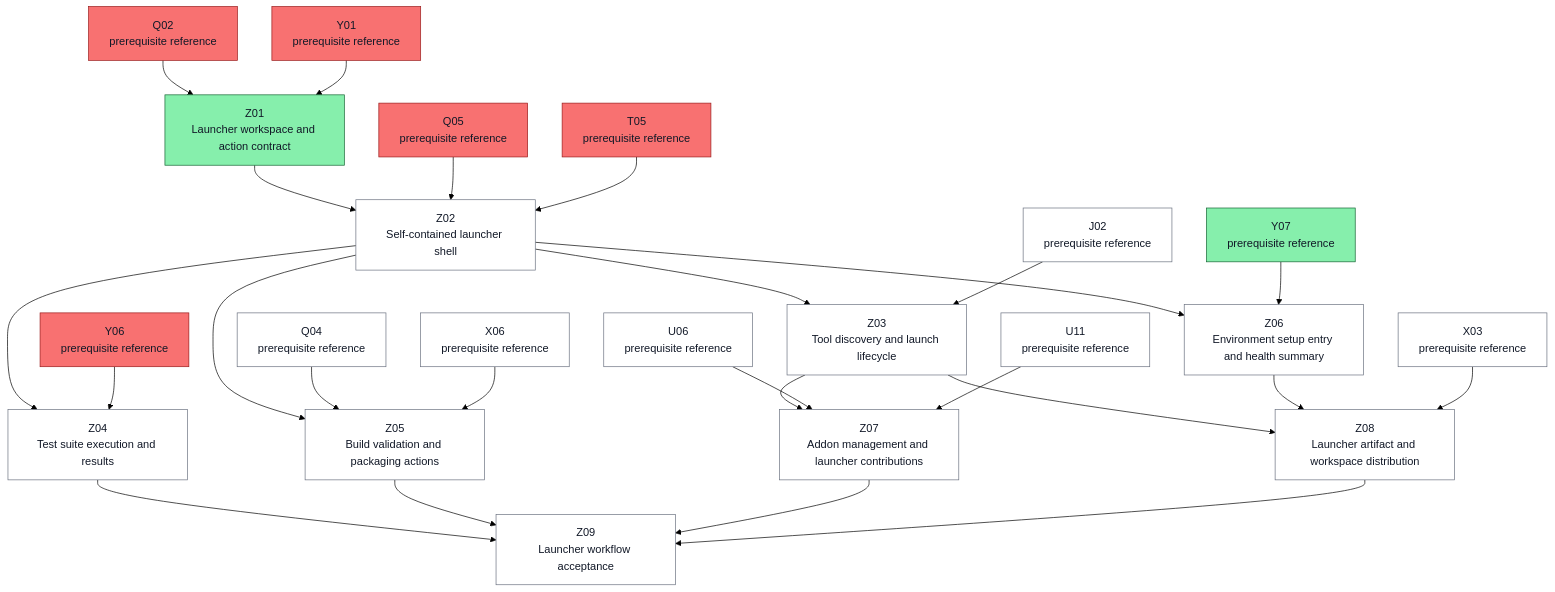
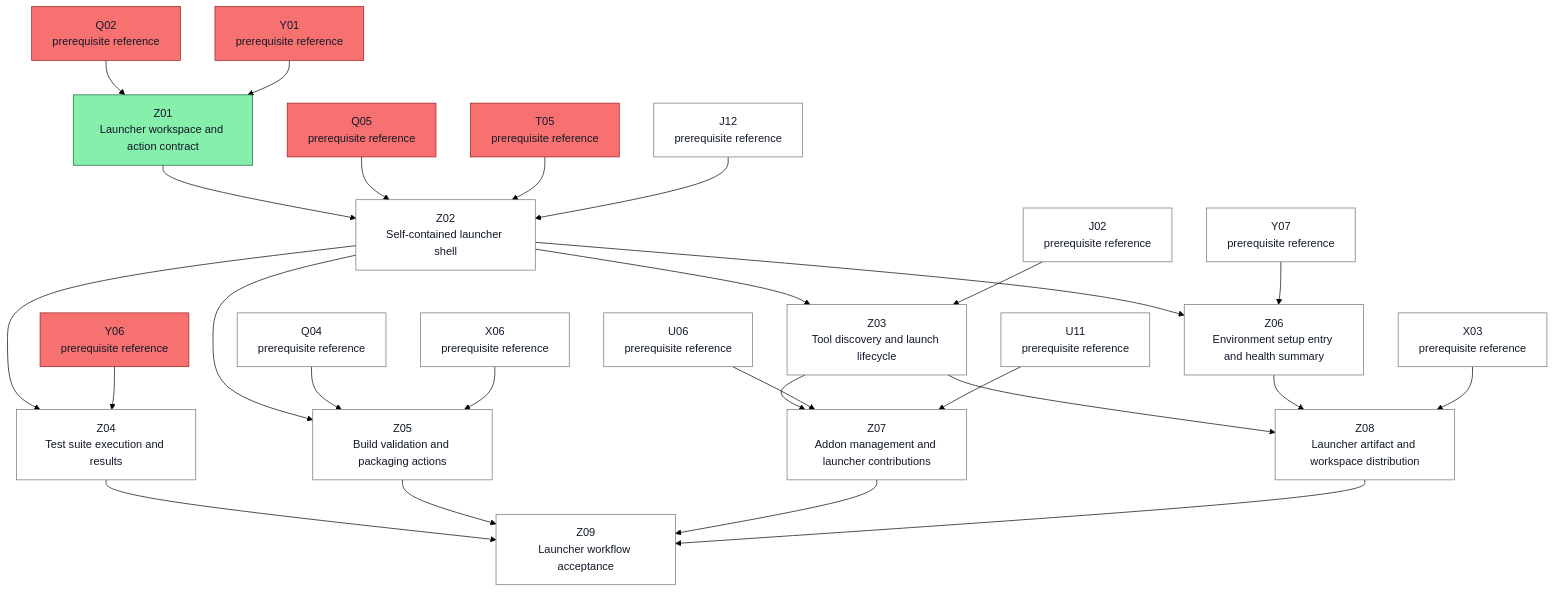
Before and after one commit to ocarizr/spaceraiders: diagram 27 of 27 in docs/task-dependencies.md, drawn with Mermaid (forest theme). The commit also changed other lines of this file and 9 other files, not shown here.

````diff
--- a/docs/task-dependencies.md
+++ b/docs/task-dependencies.md
@@ -1470,51 +1664,53 @@
 ```mermaid
 flowchart TD
     ref_Z_J02["J02<br/>prerequisite reference"]:::pending
+    ref_Z_J12["J12<br/>prerequisite reference"]:::pending
     ref_Z_Q02["Q02<br/>prerequisite reference"]:::done
     ref_Z_Q04["Q04<br/>prerequisite reference"]:::pending
     ref_Z_Q05["Q05<br/>prerequisite reference"]:::done
     ref_Z_T05["T05<br/>prerequisite reference"]:::done
     ref_Z_U06["U06<br/>prerequisite reference"]:::pending
     ref_Z_U11["U11<br/>prerequisite reference"]:::pending
     ref_Z_X03["X03<br/>prerequisite reference"]:::pending
     ref_Z_X06["X06<br/>prerequisite reference"]:::pending
     ref_Z_Y01["Y01<br/>prerequisite reference"]:::done
     ref_Z_Y06["Y06<br/>prerequisite reference"]:::done
-    ref_Z_Y07["Y07<br/>prerequisite reference"]:::ready
+    ref_Z_Y07["Y07<br/>prerequisite reference"]:::pending
     Z01["Z01<br/>Launcher workspace and action contract"]:::ready
     Z02["Z02<br/>Self-contained launcher shell"]:::pending
     Z03["Z03<br/>Tool discovery and launch lifecycle"]:::pending
     Z04["Z04<br/>Test suite execution and results"]:::pending
     Z05["Z05<br/>Build validation and packaging actions"]:::pending
     Z06["Z06<br/>Environment setup entry and health summary"]:::pending
     Z07["Z07<br/>Addon management and launcher contributions"]:::pending
     Z08["Z08<br/>Launcher artifact and workspace distribution"]:::pending
     Z09["Z09<br/>Launcher workflow acceptance"]:::pending
     ref_Z_Q02 --> Z01
     ref_Z_Y01 --> Z01
     Z01 --> Z02
     ref_Z_Q05 --> Z02
     ref_Z_T05 --> Z02
+    ref_Z_J12 --> Z02
     Z02 --> Z03
     ref_Z_J02 --> Z03
     Z02 --> Z04
     ref_Z_Y06 --> Z04
     Z02 --> Z05
     ref_Z_Q04 --> Z05
     ref_Z_X06 --> Z05
     Z02 --> Z06
     ref_Z_Y07 --> Z06
     Z03 --> Z07
     ref_Z_U06 --> Z07
     ref_Z_U11 --> Z07
     Z03 --> Z08
     Z06 --> Z08
     ref_Z_X03 --> Z08
     Z04 --> Z09
     Z05 --> Z09
     Z07 --> Z09
     Z08 --> Z09
     classDef pending fill:#ffffff,stroke:#6b7280,color:#111827
     classDef ready fill:#86efac,stroke:#166534,color:#111827
     classDef done fill:#f87171,stroke:#991b1b,color:#111827
 ```
````
